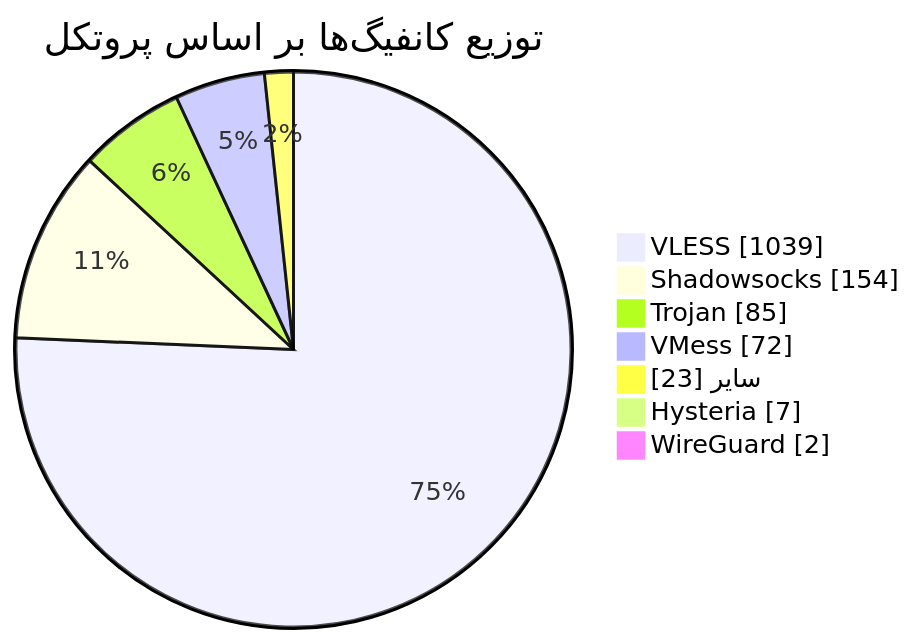
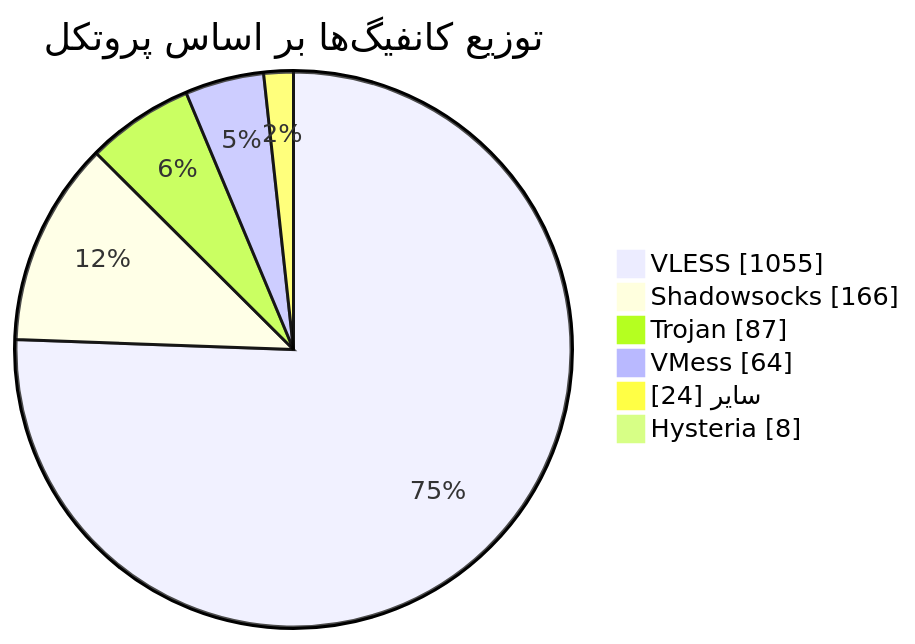
Before and after one commit to Arian-Alijani/Somthing: the diagram in README.md, drawn with Mermaid. The commit also changed other lines of this file and 105 other files, not shown here.

````diff
--- a/README.md
+++ b/README.md
@@ -51,11 +50,10 @@
 ```mermaid
 pie showData
     title توزیع کانفیگ‌ها بر اساس پروتکل
-    "VLESS" : 1039
-    "Shadowsocks" : 154
-    "Trojan" : 85
-    "VMess" : 72
-    "سایر" : 23
-    "Hysteria" : 7
-    "WireGuard" : 2
+    "VLESS" : 1055
+    "Shadowsocks" : 166
+    "Trojan" : 87
+    "VMess" : 64
+    "سایر" : 24
+    "Hysteria" : 8
 ```
````
